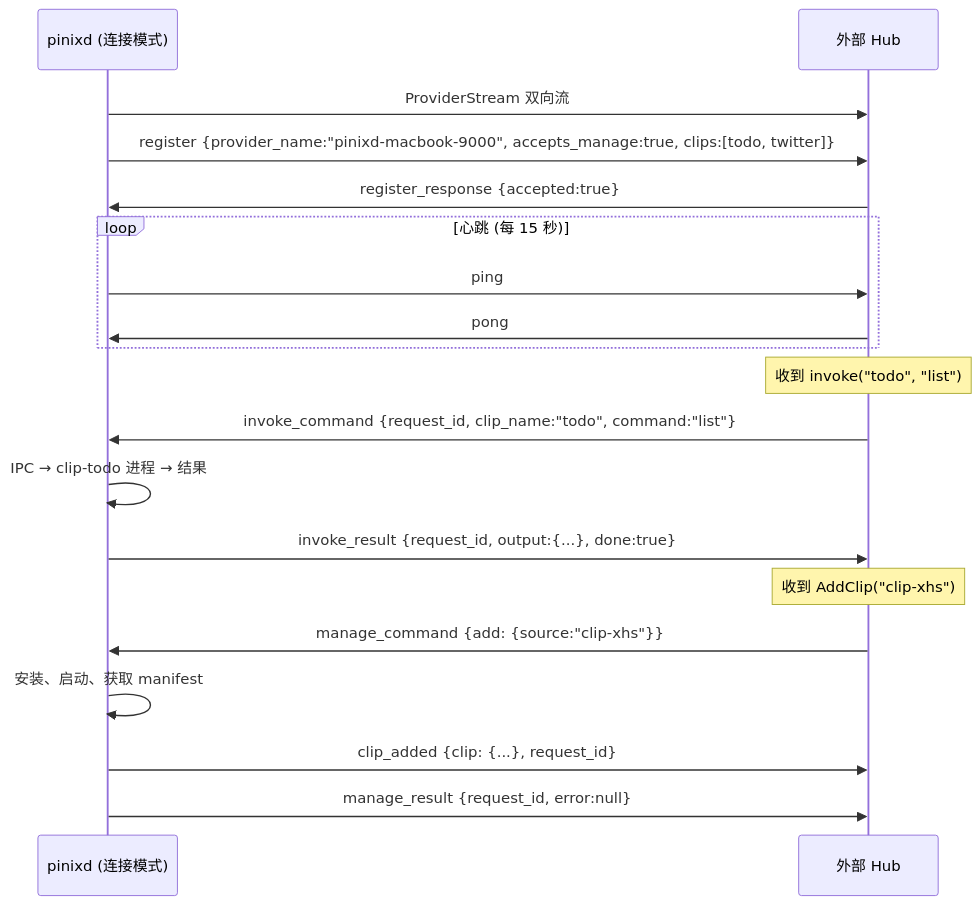
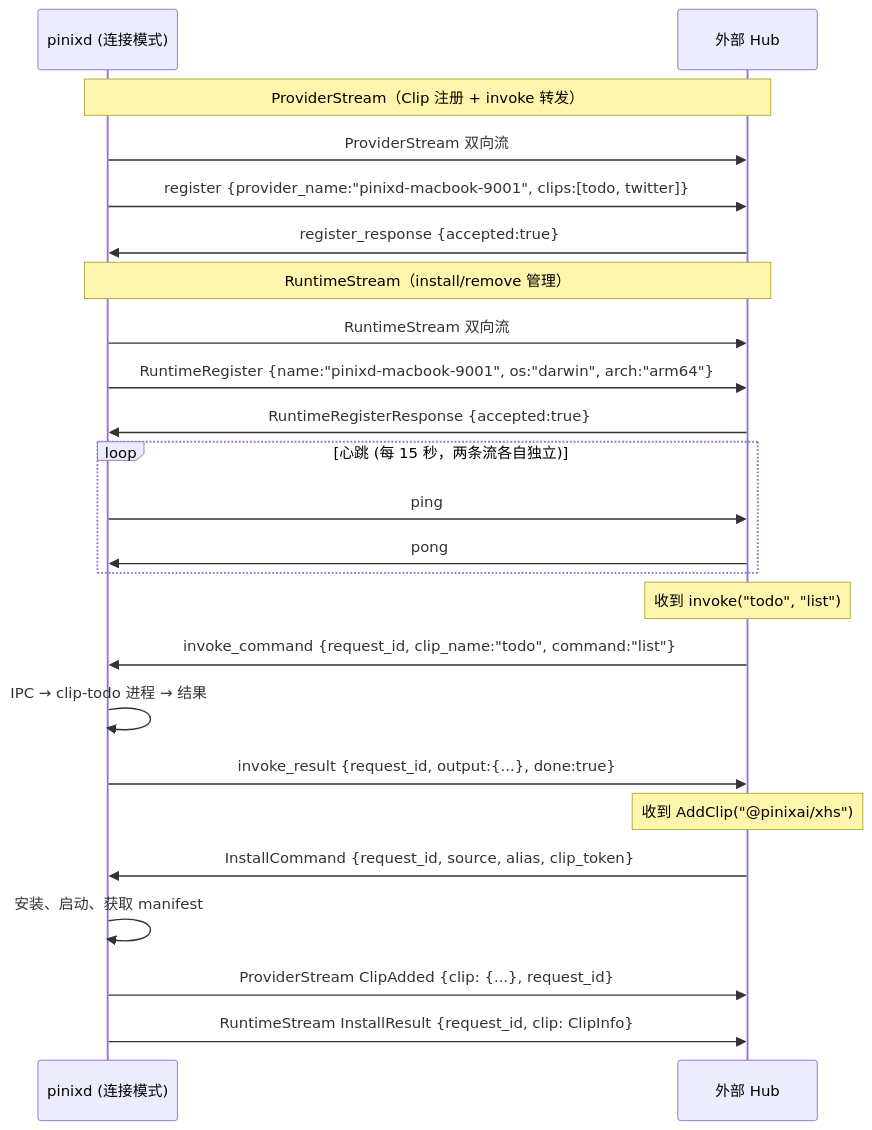
One commit to epiral/pinix changed diagram 12 of 12 in docs/protocol.md. Above: the diagram before and after it, drawn with Mermaid. The commit also changed other lines of this file and 3 other files, not shown here.

First line of the commit message:
docs: update architecture, getting-started, clip-development, and protocol docs

````diff
--- a/docs/protocol.md
+++ b/docs/protocol.md
@@ -522,25 +605,31 @@
 ```mermaid
 sequenceDiagram
     participant Runtime as pinixd (连接模式)
     participant Hub as 外部 Hub
 
+    Note over Runtime,Hub: ProviderStream（Clip 注册 + invoke 转发）
     Runtime->>Hub: ProviderStream 双向流
-    Runtime->>Hub: register {provider_name:"pinixd-macbook-9000", accepts_manage:true, clips:[todo, twitter]}
+    Runtime->>Hub: register {provider_name:"pinixd-macbook-9001", clips:[todo, twitter]}
     Hub->>Runtime: register_response {accepted:true}
 
-    loop 心跳 (每 15 秒)
+    Note over Runtime,Hub: RuntimeStream（install/remove 管理）
+    Runtime->>Hub: RuntimeStream 双向流
+    Runtime->>Hub: RuntimeRegister {name:"pinixd-macbook-9001", os:"darwin", arch:"arm64"}
+    Hub->>Runtime: RuntimeRegisterResponse {accepted:true}
+
+    loop 心跳 (每 15 秒，两条流各自独立)
         Runtime->>Hub: ping
         Hub->>Runtime: pong
     end
 
     Note over Hub: 收到 invoke("todo", "list")
     Hub->>Runtime: invoke_command {request_id, clip_name:"todo", command:"list"}
     Runtime->>Runtime: IPC → clip-todo 进程 → 结果
     Runtime->>Hub: invoke_result {request_id, output:{...}, done:true}
 
-    Note over Hub: 收到 AddClip("clip-xhs")
-    Hub->>Runtime: manage_command {add: {source:"clip-xhs"}}
+    Note over Hub: 收到 AddClip("@pinixai/xhs")
+    Hub->>Runtime: InstallCommand {request_id, source, alias, clip_token}
     Runtime->>Runtime: 安装、启动、获取 manifest
-    Runtime->>Hub: clip_added {clip: {...}, request_id}
-    Runtime->>Hub: manage_result {request_id, error:null}
+    Runtime->>Hub: ProviderStream ClipAdded {clip: {...}, request_id}
+    Runtime->>Hub: RuntimeStream InstallResult {request_id, clip: ClipInfo}
 ```
````
